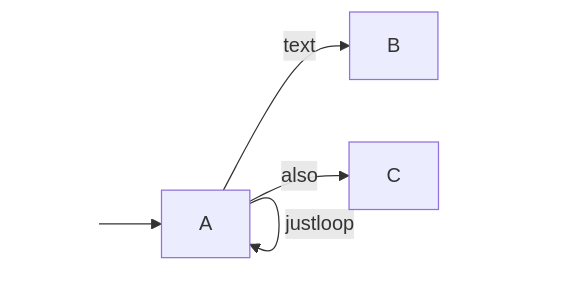
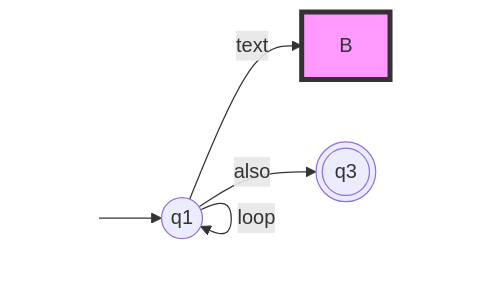
Before and after one commit to shaharyi/final_exam_2023: the diagram in q12.md, drawn with Mermaid.

````diff
--- a/q12.md
+++ b/q12.md
@@ -20,8 +20,12 @@
 ```mermaid
 graph LR;
+    classDef invis stroke-width:0px,fill:#fff,color:#fff;
     s --> A;
-    style s stroke-width:0px,fill:#fff,color:#fff
+    A((q1));
+    class s invis;
     A-- text -->B;
+    style B fill:#f9f,stroke:#333,stroke-width:4px;
     A-- also -->C;
-    A-- justloop -->A;
+    C(((q3)));
+    A-- loop -->A;
 ```
````
